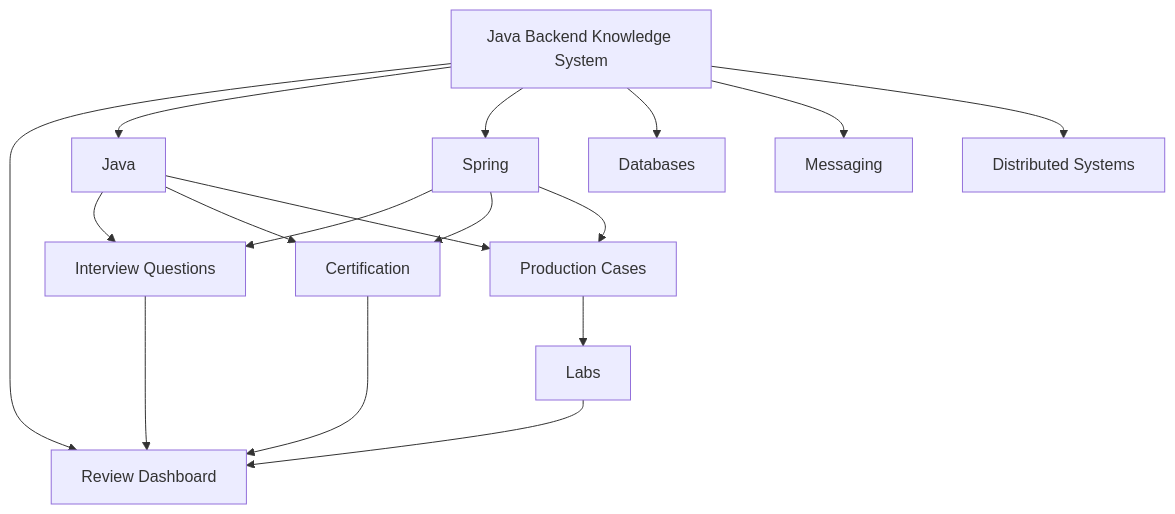
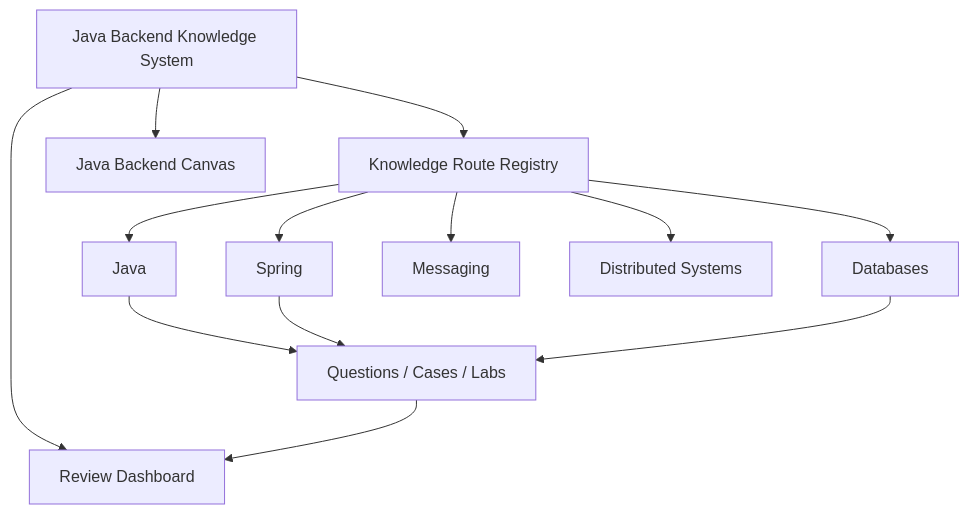
One commit to alimbetov/obsidian changed the first of 2 diagrams in 00_HOME/Java Backend Knowledge System.md. Above: the diagram before and after it, drawn with Mermaid. The commit also changed other lines of this file, not shown here.

Commit message:
docs: normalize home navigation and route links

````diff
--- a/00_HOME/Java Backend Knowledge System.md
+++ b/00_HOME/Java Backend Knowledge System.md
@@ -23,20 +24,15 @@
 ```mermaid
 flowchart TD
-    HOME[Java Backend Knowledge System]
-    HOME --> REVIEW[Review Dashboard]
-    HOME --> JAVA[Java]
-    HOME --> SPRING[Spring]
-    HOME --> DB[Databases]
-    HOME --> MSG[Messaging]
-    HOME --> DS[Distributed Systems]
-    JAVA --> IQ[Interview Questions]
-    SPRING --> IQ
-    JAVA --> CERT[Certification]
-    SPRING --> CERT
-    SPRING --> CASES[Production Cases]
-    JAVA --> CASES
-    CASES --> LABS[Labs]
-    IQ --> REVIEW
-    CERT --> REVIEW
-    LABS --> REVIEW
+    HOME["Java Backend Knowledge System"] --> REG["Knowledge Route Registry"]
+    HOME --> REVIEW["Review Dashboard"]
+    HOME --> MAP["Java Backend Canvas"]
+    REG --> JAVA["Java"]
+    REG --> SPRING["Spring"]
+    REG --> DB["Databases"]
+    REG --> MSG["Messaging"]
+    REG --> DS["Distributed Systems"]
+    JAVA --> PRACTICE["Questions / Cases / Labs"]
+    SPRING --> PRACTICE
+    DB --> PRACTICE
+    PRACTICE --> REVIEW
 ```
````
